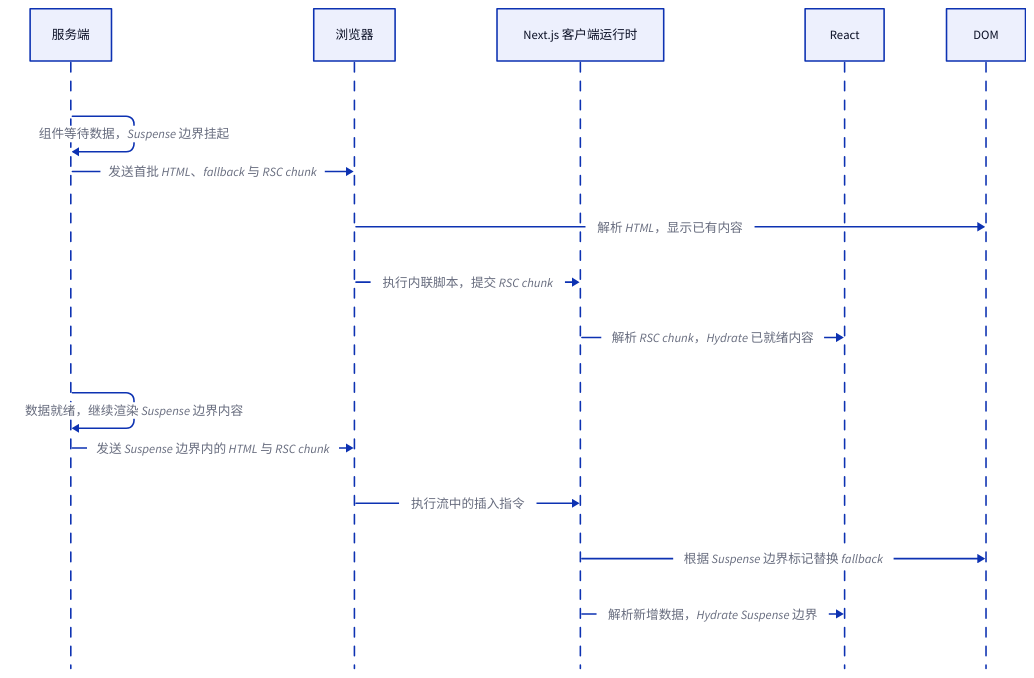
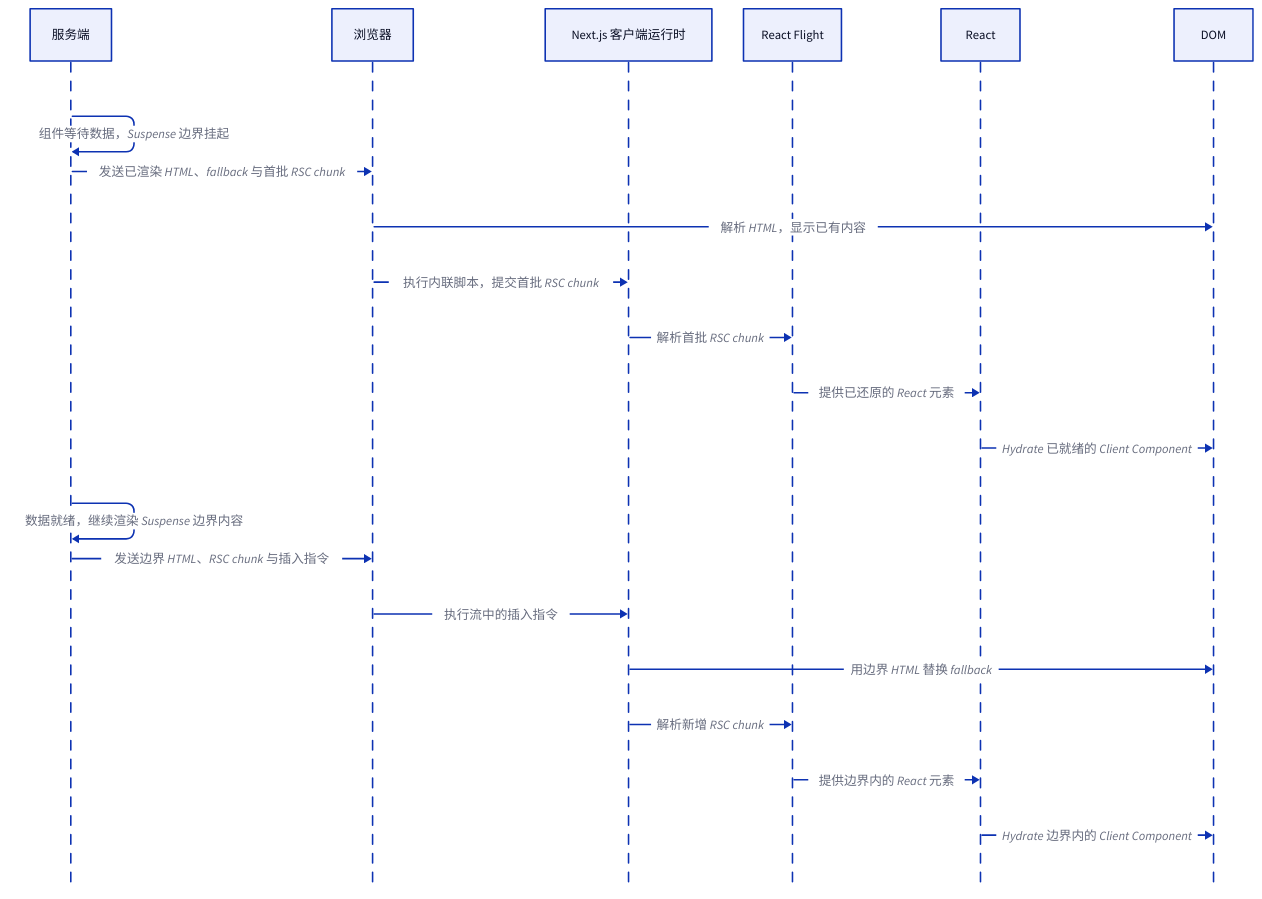
The third of 3 diagrams in apps/docs/experiences/BFF/Next.js 渲染机制.md (youngluo/thinking), drawn with D2 before and after one commit. The commit also changed other lines of this file and 15 other files, not shown here.

````diff
--- a/apps/docs/experiences/BFF/Next.js 渲染机制.md
+++ b/apps/docs/experiences/BFF/Next.js 渲染机制.md
@@ -213,20 +190,25 @@
-```d2 maxHeight=560
+```d2 maxHeight=500
 shape: sequence_diagram
 
 server: 服务端
 browser: 浏览器
 runtime: Next.js 客户端运行时
+flight: React Flight
 react: React
 dom: DOM
 
 server -> server: 组件等待数据，Suspense 边界挂起
-server -> browser: 发送首批 HTML、fallback 与 RSC chunk
+server -> browser: 发送已渲染 HTML、fallback 与首批 RSC chunk
 browser -> dom: 解析 HTML，显示已有内容
-browser -> runtime: 执行内联脚本，提交 RSC chunk
-runtime -> react: 解析 RSC chunk，Hydrate 已就绪内容
+browser -> runtime: 执行内联脚本，提交首批 RSC chunk
+runtime -> flight: 解析首批 RSC chunk
+flight -> react: 提供已还原的 React 元素
+react -> dom: Hydrate 已就绪的 Client Component
 server -> server: 数据就绪，继续渲染 Suspense 边界内容
-server -> browser: 发送 Suspense 边界内的 HTML 与 RSC chunk
+server -> browser: 发送边界 HTML、RSC chunk 与插入指令
 browser -> runtime: 执行流中的插入指令
-runtime -> dom: 根据 Suspense 边界标记替换 fallback
-runtime -> react: 解析新增数据，Hydrate Suspense 边界
+runtime -> dom: 用边界 HTML 替换 fallback
+runtime -> flight: 解析新增 RSC chunk
+flight -> react: 提供边界内的 React 元素
+react -> dom: Hydrate 边界内的 Client Component
 ```
````
